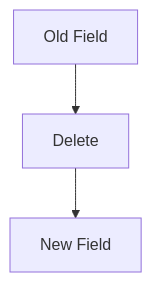
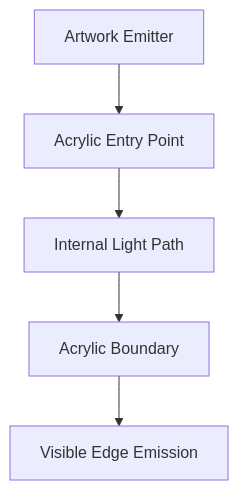
The sixth of 7 diagrams in docs/design/system/mds-003-material-system/08-uv-indexed-refraction.md (mosaic-media/architecture), drawn with Mermaid before and after one commit. The commit also changed other lines of this file and 12 other files, not shown here.

Commit message:
docs(mds-003): define refraction architecture

````diff
--- a/docs/design/system/mds-003-material-system/08-uv-indexed-refraction.md
+++ b/docs/design/system/mds-003-material-system/08-uv-indexed-refraction.md
@@ -309,10 +339,14 @@
 ```mermaid
 flowchart TD
 
-N1["Old Field"]
-N2["Delete"]
-N3["New Field"]
+N1["Artwork Emitter"]
+N2["Acrylic Entry Point"]
+N3["Internal Light Path"]
+N4["Acrylic Boundary"]
+N5["Visible Edge Emission"]
 
 N1 --> N2
 N2 --> N3
+N3 --> N4
+N4 --> N5
 ```
````
